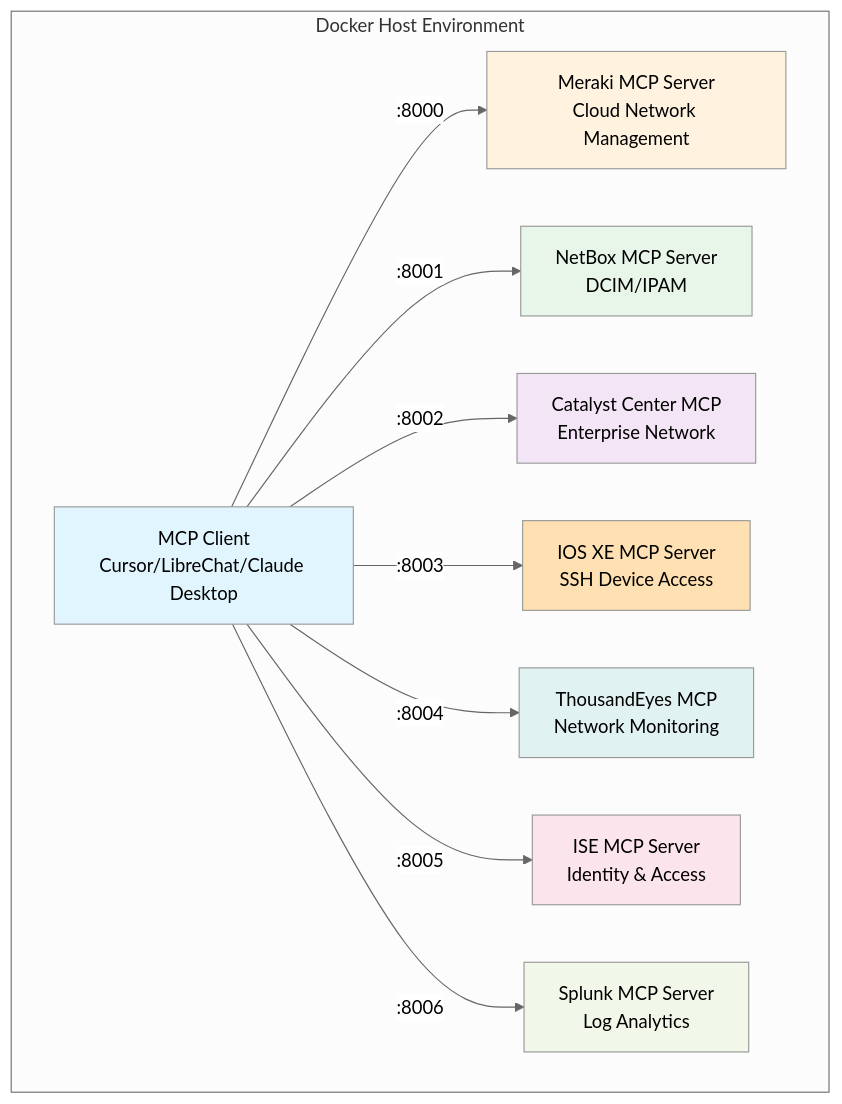
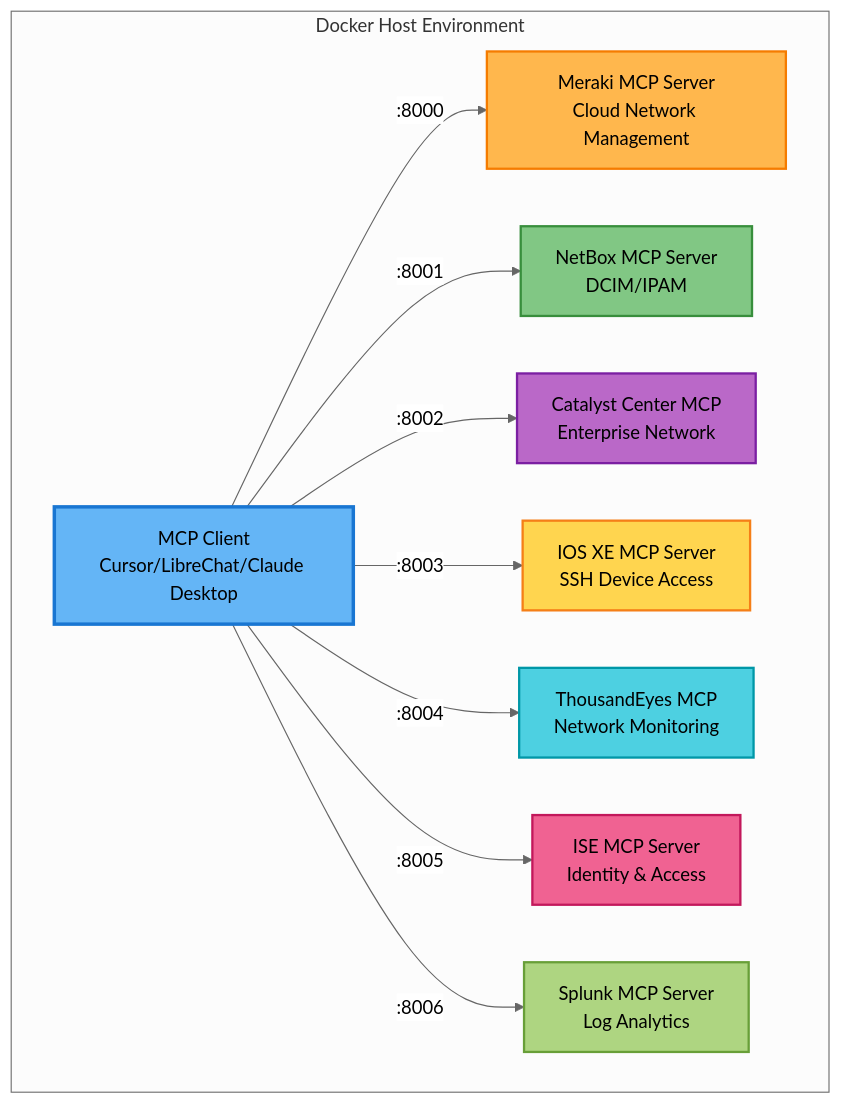
The diagram in README.md (pamosima/network-mcp-docker-suite), drawn with Mermaid (neutral theme) before and after one commit.

Commit message:
style: Improve Mermaid diagram colors for dark mode readability
Enhanced the architecture diagram with better colors for dark mode:

## Improvements

✅ **Brighter colors**: Changed from pastel to vibrant colors
   - Client: Bright blue (#64B5F6)
   - Meraki: Orange (#FFB74D)
   - NetBox: Green (#81C784)
   - Catalyst: Purple (#BA68C8)
   - IOS XE: Yellow (#FFD54F)
   - ThousandEyes: Cyan (#4DD0E1)
   - ISE: Pink (#F06292)
   - Splunk: Light green (#AED581)

✅ **Better contrast**: Added stroke borders with darker shades
✅ **Black text**: Ensures readability on bright backgrounds
✅ **Thicker borders**: Client has 3px border to stand out

## Result

The diagram is now clearly visible in both:
- 🌙 Dark mode (GitHub dark theme)
- ☀️ Light mode (GitHub light theme)

Fixes: "the Mermaid graphic is in dark mode not so readable"

````diff
--- a/README.md
+++ b/README.md
@@ -88,23 +88,23 @@
 ```mermaid
 graph TB
     subgraph "Docker Host Environment"
         Client[MCP Client<br/>Cursor/LibreChat/Claude Desktop]
         
         Client -->|:8000| Meraki[Meraki MCP Server<br/>Cloud Network Management]
         Client -->|:8001| NetBox[NetBox MCP Server<br/>DCIM/IPAM]
         Client -->|:8002| CatC[Catalyst Center MCP<br/>Enterprise Network]
         Client -->|:8003| IOS[IOS XE MCP Server<br/>SSH Device Access]
         Client -->|:8004| TE[ThousandEyes MCP<br/>Network Monitoring]
         Client -->|:8005| ISE[ISE MCP Server<br/>Identity & Access]
         Client -->|:8006| Splunk[Splunk MCP Server<br/>Log Analytics]
     end
     
-    style Client fill:#e1f5fe
-    style Meraki fill:#fff3e0
-    style NetBox fill:#e8f5e9
-    style CatC fill:#f3e5f5
-    style IOS fill:#ffe0b2
-    style TE fill:#e0f2f1
-    style ISE fill:#fce4ec
-    style Splunk fill:#f1f8e9
+    style Client fill:#64B5F6,stroke:#1976D2,stroke-width:3px,color:#000
+    style Meraki fill:#FFB74D,stroke:#F57C00,stroke-width:2px,color:#000
+    style NetBox fill:#81C784,stroke:#388E3C,stroke-width:2px,color:#000
+    style CatC fill:#BA68C8,stroke:#7B1FA2,stroke-width:2px,color:#000
+    style IOS fill:#FFD54F,stroke:#F57F17,stroke-width:2px,color:#000
+    style TE fill:#4DD0E1,stroke:#0097A7,stroke-width:2px,color:#000
+    style ISE fill:#F06292,stroke:#C2185B,stroke-width:2px,color:#000
+    style Splunk fill:#AED581,stroke:#689F38,stroke-width:2px,color:#000
 ```
````
